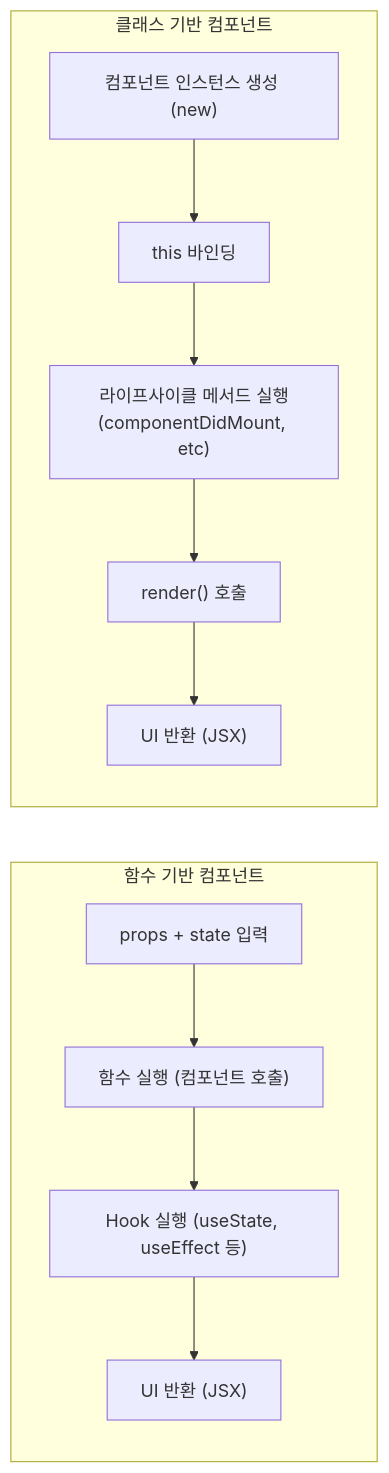
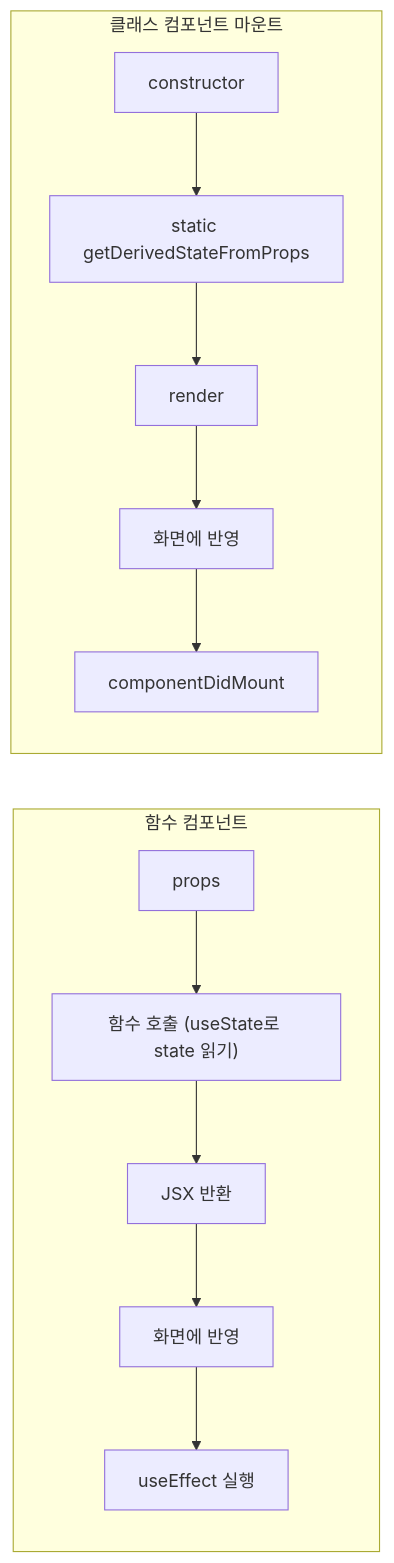
One commit to JangHwanPark/Note changed the diagram in CS_Basic/프론트엔드에서 클래스보다 함수를 선호하는 이유/README.md. Above: the diagram before and after it, drawn with Mermaid. The commit also changed other lines of this file and 22 other files, not shown here.

Commit message:
note: 리뷰 지적 반영(CS_Basic, Architecture, NextJS, Canvas)

````diff
--- a/CS_Basic/프론트엔드에서 클래스보다 함수를 선호하는 이유/README.md
+++ b/CS_Basic/프론트엔드에서 클래스보다 함수를 선호하는 이유/README.md
@@ -173,20 +65,10 @@
 ```mermaid
 flowchart LR
-  subgraph Function["함수 기반 컴포넌트"]
-    A1["props + state 입력"]
-    A2["함수 실행 (컴포넌트 호출)"]
-    A3["Hook 실행 (useState, useEffect 등)"]
-    A4["UI 반환 (JSX)"]
+  subgraph Function["함수 컴포넌트"]
+    A1["props"] --> A2["함수 호출 (useState로 state 읽기)"] --> A3["JSX 반환"] --> A4["화면에 반영"] --> A5["useEffect 실행"]
   end
 
-  subgraph Class["클래스 기반 컴포넌트"]
-    B1["컴포넌트 인스턴스 생성 (new)"]
-    B2["this 바인딩"]
-    B3["라이프사이클 메서드 실행\n(componentDidMount, etc)"]
-    B4["render() 호출"]
-    B5["UI 반환 (JSX)"]
+  subgraph Class["클래스 컴포넌트 마운트"]
+    B1["constructor"] --> B2["static getDerivedStateFromProps"] --> B3["render"] --> B4["화면에 반영"] --> B5["componentDidMount"]
   end
-
-  A1 --> A2 --> A3 --> A4
-  B1 --> B2 --> B3 --> B4 --> B5
 ```
````
